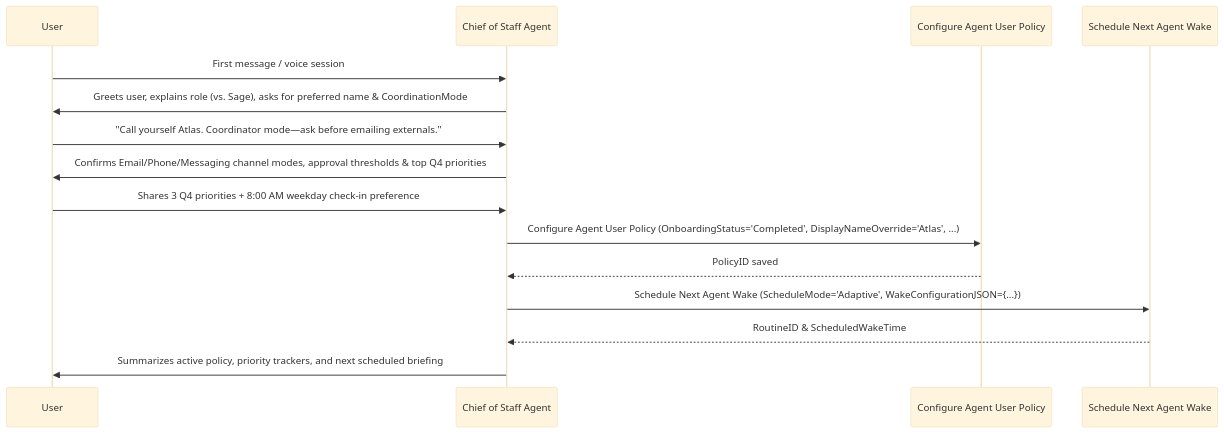
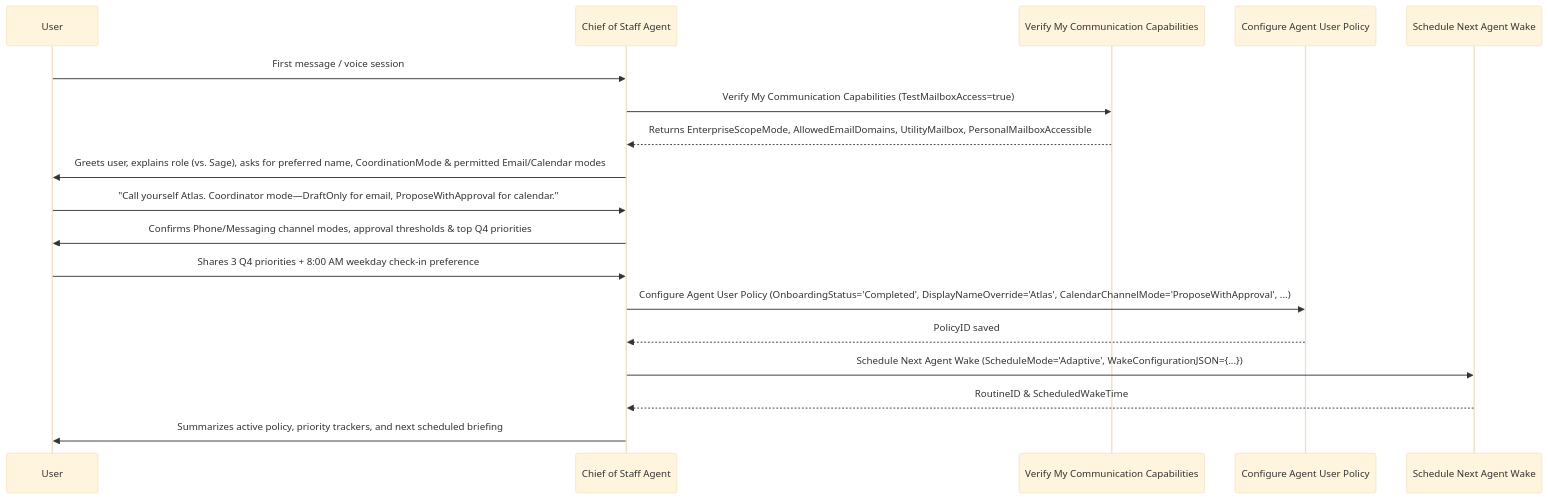
One commit to MemberJunction/bizapps-issues changed the fourth of 5 diagrams in docs/Chief-Of-Staff-Agent.md. Above: the diagram before and after it, drawn with Mermaid (base theme). The commit also changed other lines of this file, not shown here.

Commit message:
docs: document enterprise mailbox security gates, calendar/free-busy verbs, and HubSpot/Calendly scheduling

````diff
--- a/docs/Chief-Of-Staff-Agent.md
+++ b/docs/Chief-Of-Staff-Agent.md
@@ -187,18 +188,21 @@
 ```mermaid
 sequenceDiagram
     participant U as User
     participant CoS as Chief of Staff Agent
+    participant Gate as Verify My Communication Capabilities
     participant Policy as Configure Agent User Policy
     participant Wake as Schedule Next Agent Wake
 
     U->>CoS: First message / voice session
-    CoS->>U: Greets user, explains role (vs. Sage), asks for preferred name & CoordinationMode
-    U->>CoS: "Call yourself Atlas. Coordinator mode—ask before emailing externals."
-    CoS->>U: Confirms Email/Phone/Messaging channel modes, approval thresholds & top Q4 priorities
+    CoS->>Gate: Verify My Communication Capabilities (TestMailboxAccess=true)
+    Gate-->>CoS: Returns EnterpriseScopeMode, AllowedEmailDomains, UtilityMailbox, PersonalMailboxAccessible
+    CoS->>U: Greets user, explains role (vs. Sage), asks for preferred name, CoordinationMode & permitted Email/Calendar modes
+    U->>CoS: "Call yourself Atlas. Coordinator mode—DraftOnly for email, ProposeWithApproval for calendar."
+    CoS->>U: Confirms Phone/Messaging channel modes, approval thresholds & top Q4 priorities
     U->>CoS: Shares 3 Q4 priorities + 8:00 AM weekday check-in preference
-    CoS->>Policy: Configure Agent User Policy (OnboardingStatus='Completed', DisplayNameOverride='Atlas', ...)
+    CoS->>Policy: Configure Agent User Policy (OnboardingStatus='Completed', DisplayNameOverride='Atlas', CalendarChannelMode='ProposeWithApproval', ...)
     Policy-->>CoS: PolicyID saved
     CoS->>Wake: Schedule Next Agent Wake (ScheduleMode='Adaptive', WakeConfigurationJSON={...})
     Wake-->>CoS: RoutineID & ScheduledWakeTime
     CoS->>U: Summarizes active policy, priority trackers, and next scheduled briefing
 ```
````
